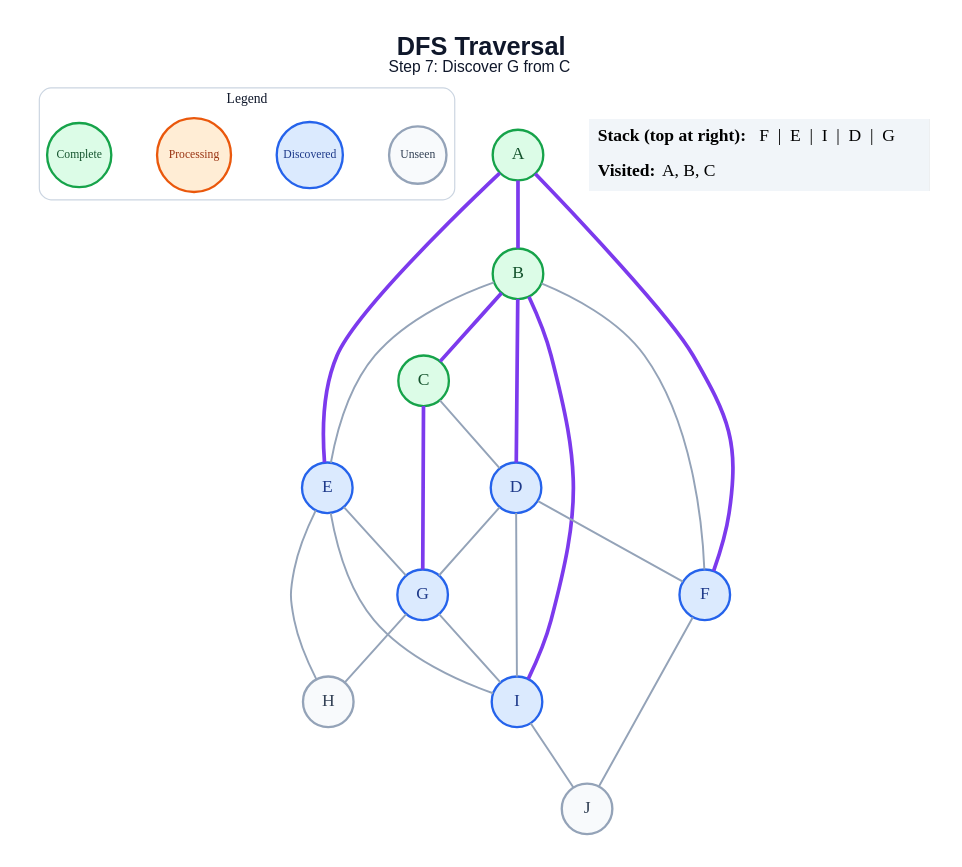
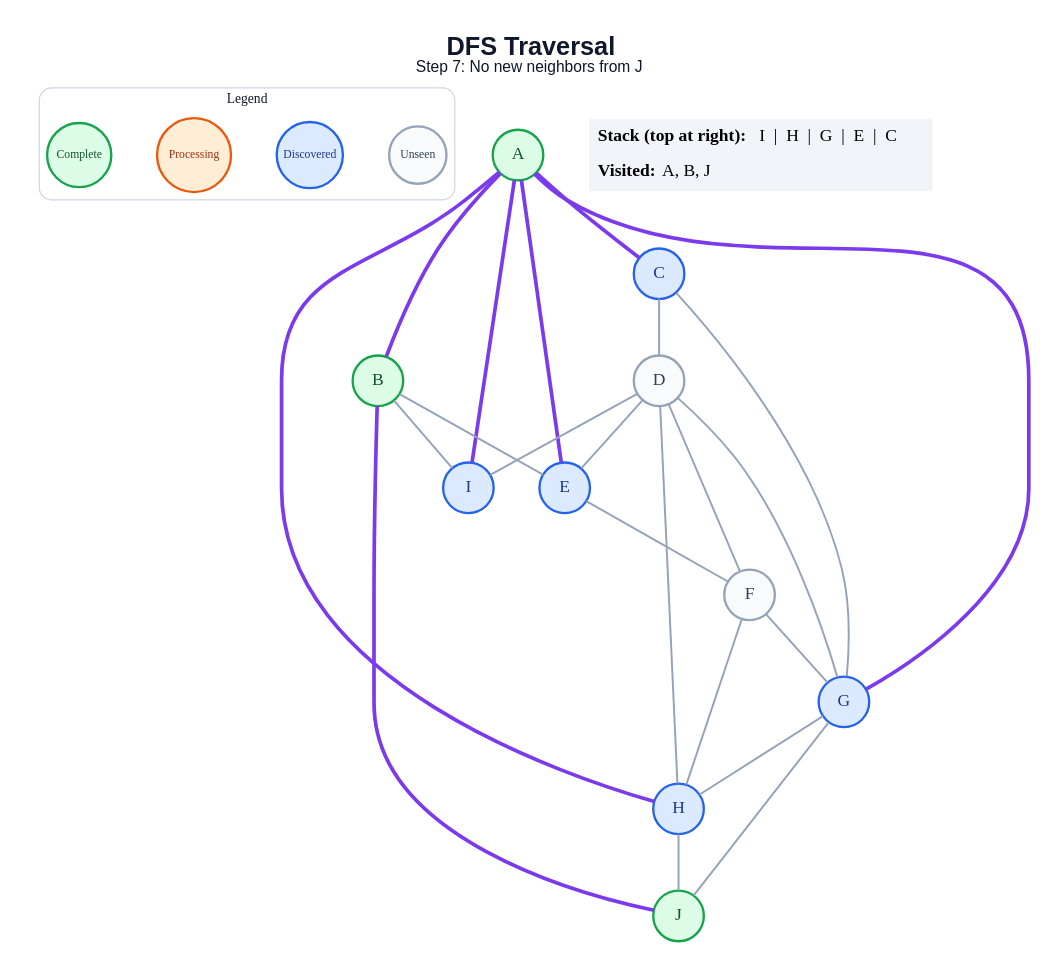
One commit to amanghodawala9/ai-slop changed the diagram in generated/dfs/step_07.dot. Above: the diagram before and after it, drawn with Graphviz. The commit also changed 178 other files, not shown here.

```diff
--- a/generated/dfs/step_07.dot
+++ b/generated/dfs/step_07.dot
@@ -1,49 +1,51 @@
 graph traversal {
   graph [layout=dot, rankdir=TB, bgcolor="#FFFFFF", pad="0.35", nodesep="0.65", ranksep="0.8", fontname="Arial"];
   node [shape=circle, style="filled", fontname="Arial Bold", fontsize=18, width=0.72, fixedsize=true, penwidth=2.4];
   edge [color="#94A3B8", penwidth=2.0];
-  label=<<B>DFS Traversal</B><BR/><FONT POINT-SIZE="16">Step 7: Discover G from C</FONT>>; labelloc="t"; fontsize=26; fontname="Arial"; fontcolor="#0F172A";
+  label=<<B>DFS Traversal</B><BR/><FONT POINT-SIZE="16">Step 7: No new neighbors from J</FONT>>; labelloc="t"; fontsize=26; fontname="Arial"; fontcolor="#0F172A";
   subgraph cluster_legend { label="Legend"; color="#CBD5E1"; penwidth=1.2; style="rounded"; fontsize=14; fontname="Arial Bold";
     key_unseen [label="Unseen", fillcolor="#F8FAFC", color="#94A3B8", fontcolor="#334155", fontsize=12, width=0.82];
     key_frontier [label="Discovered", fillcolor="#DBEAFE", color="#2563EB", fontcolor="#1E3A8A", fontsize=12, width=0.95];
     key_current [label="Processing", fillcolor="#FFEDD5", color="#EA580C", fontcolor="#9A3412", fontsize=12, width=1.05];
     key_done [label="Complete", fillcolor="#DCFCE7", color="#16A34A", fontcolor="#14532D", fontsize=12, width=0.92];
     { rank=same; key_unseen; key_frontier; key_current; key_done; }
   }
   A [fillcolor="#DCFCE7", color="#16A34A", fontcolor="#14532D"];
   B [fillcolor="#DCFCE7", color="#16A34A", fontcolor="#14532D"];
-  C [fillcolor="#DCFCE7", color="#16A34A", fontcolor="#14532D"];
-  D [fillcolor="#DBEAFE", color="#2563EB", fontcolor="#1E3A8A"];
+  C [fillcolor="#DBEAFE", color="#2563EB", fontcolor="#1E3A8A"];
+  D [fillcolor="#F8FAFC", color="#94A3B8", fontcolor="#334155"];
   E [fillcolor="#DBEAFE", color="#2563EB", fontcolor="#1E3A8A"];
-  F [fillcolor="#DBEAFE", color="#2563EB", fontcolor="#1E3A8A"];
+  F [fillcolor="#F8FAFC", color="#94A3B8", fontcolor="#334155"];
   G [fillcolor="#DBEAFE", color="#2563EB", fontcolor="#1E3A8A"];
-  H [fillcolor="#F8FAFC", color="#94A3B8", fontcolor="#334155"];
+  H [fillcolor="#DBEAFE", color="#2563EB", fontcolor="#1E3A8A"];
   I [fillcolor="#DBEAFE", color="#2563EB", fontcolor="#1E3A8A"];
-  J [fillcolor="#F8FAFC", color="#94A3B8", fontcolor="#334155"];
+  J [fillcolor="#DCFCE7", color="#16A34A", fontcolor="#14532D"];
   A -- B [color="#7C3AED", penwidth=3.8];
+  A -- C [color="#7C3AED", penwidth=3.8];
   A -- E [color="#7C3AED", penwidth=3.8];
-  A -- F [color="#7C3AED", penwidth=3.8];
-  B -- C [color="#7C3AED", penwidth=3.8];
-  B -- D [color="#7C3AED", penwidth=3.8];
+  A -- G [color="#7C3AED", penwidth=3.8];
+  A -- H [color="#7C3AED", penwidth=3.8];
+  A -- I [color="#7C3AED", penwidth=3.8];
   B -- E;
-  B -- F;
-  B -- I [color="#7C3AED", penwidth=3.8];
+  B -- I;
+  B -- J [color="#7C3AED", penwidth=3.8];
   C -- D;
-  C -- G [color="#7C3AED", penwidth=3.8];
+  C -- G;
+  D -- E;
   D -- F;
   D -- G;
+  D -- H;
   D -- I;
-  E -- G;
-  E -- H;
-  E -- I;
-  F -- J;
+  E -- F;
+  F -- G;
+  F -- H;
   G -- H;
-  G -- I;
-  I -- J;
+  G -- J;
+  H -- J;
   status [shape=plain, fixedsize=false, width=0, height=0, margin=0, label=<
     <TABLE BORDER="0" CELLBORDER="0" CELLPADDING="7" BGCOLOR="#F1F5F9">
-      <TR><TD ALIGN="LEFT"><B>Stack (top at right):</B> F  |  E  |  I  |  D  |  G</TD></TR>
-      <TR><TD ALIGN="LEFT"><B>Visited:</B> A, B, C</TD></TR>
+      <TR><TD ALIGN="LEFT"><B>Stack (top at right):</B> I  |  H  |  G  |  E  |  C</TD></TR>
+      <TR><TD ALIGN="LEFT"><B>Visited:</B> A, B, J</TD></TR>
     </TABLE>
   >];
 }
```
